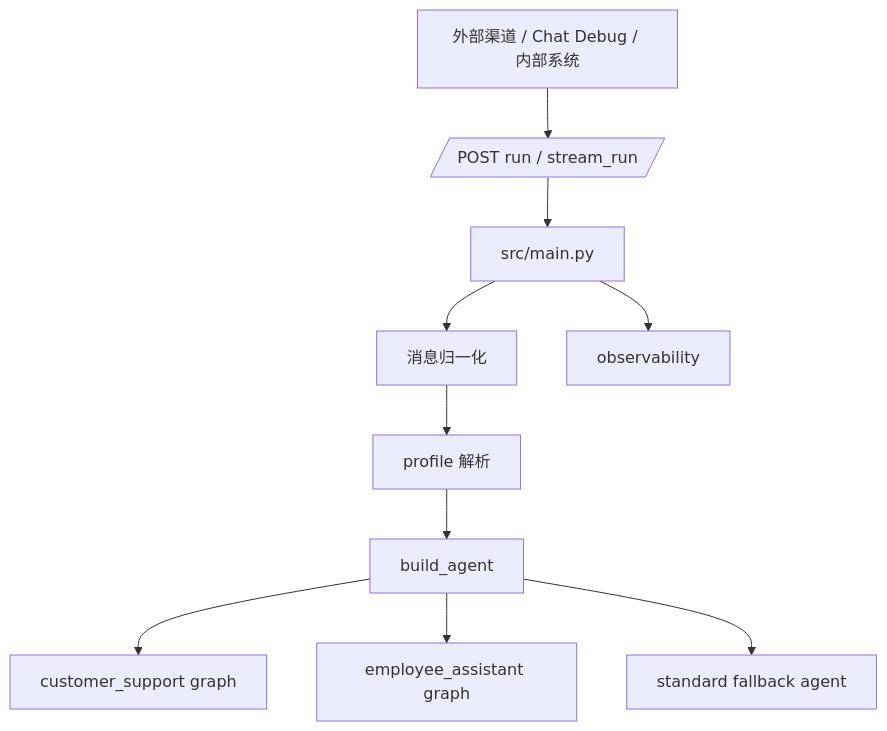
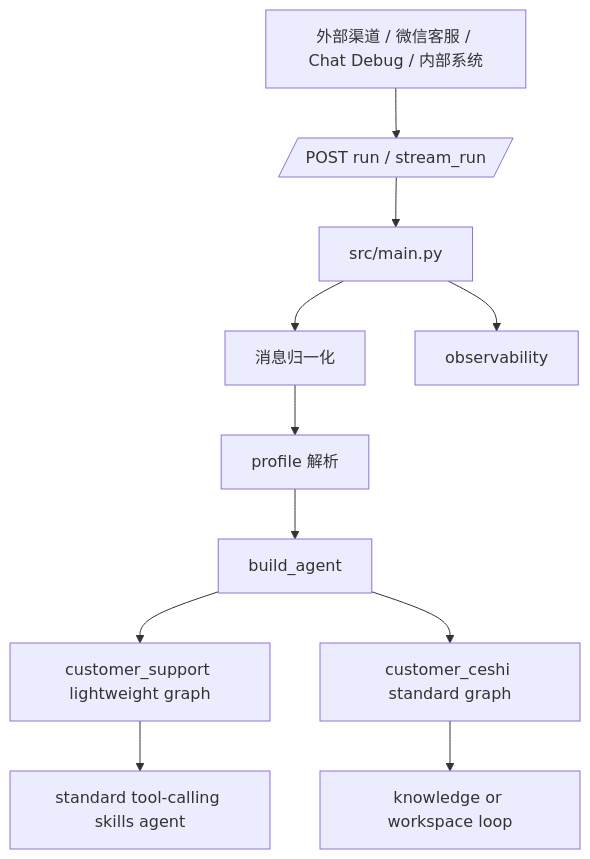
The first of 3 diagrams in docs/AGENT_TECHNICAL_DOCUMENTATION.md (lr12338/hifleet-agent), drawn with Mermaid before and after one commit. The commit also changed other lines of this file and 41 other files, not shown here.

````diff
--- a/docs/AGENT_TECHNICAL_DOCUMENTATION.md
+++ b/docs/AGENT_TECHNICAL_DOCUMENTATION.md
@@ -12,12 +12,13 @@
 ```mermaid
 flowchart TD
-    Caller[外部渠道 / Chat Debug / 内部系统] --> API[/POST run / stream_run/]
+    Caller[外部渠道 / 微信客服 / Chat Debug / 内部系统] --> API[/POST run / stream_run/]
     API --> Main[src/main.py]
     Main --> Normalize[消息归一化]
     Normalize --> Profile[profile 解析]
     Profile --> Build[build_agent]
-    Build --> CS[customer_support graph]
-    Build --> EMP[employee_assistant graph]
-    Build --> STD[standard fallback agent]
+    Build --> CS[customer_support lightweight graph]
+    Build --> EMP[customer_ceshi standard graph]
+    CS --> Standard[standard tool-calling skills agent]
+    EMP --> EmployeeLoop[knowledge or workspace loop]
     Main --> Obs[observability]
 ```
````
